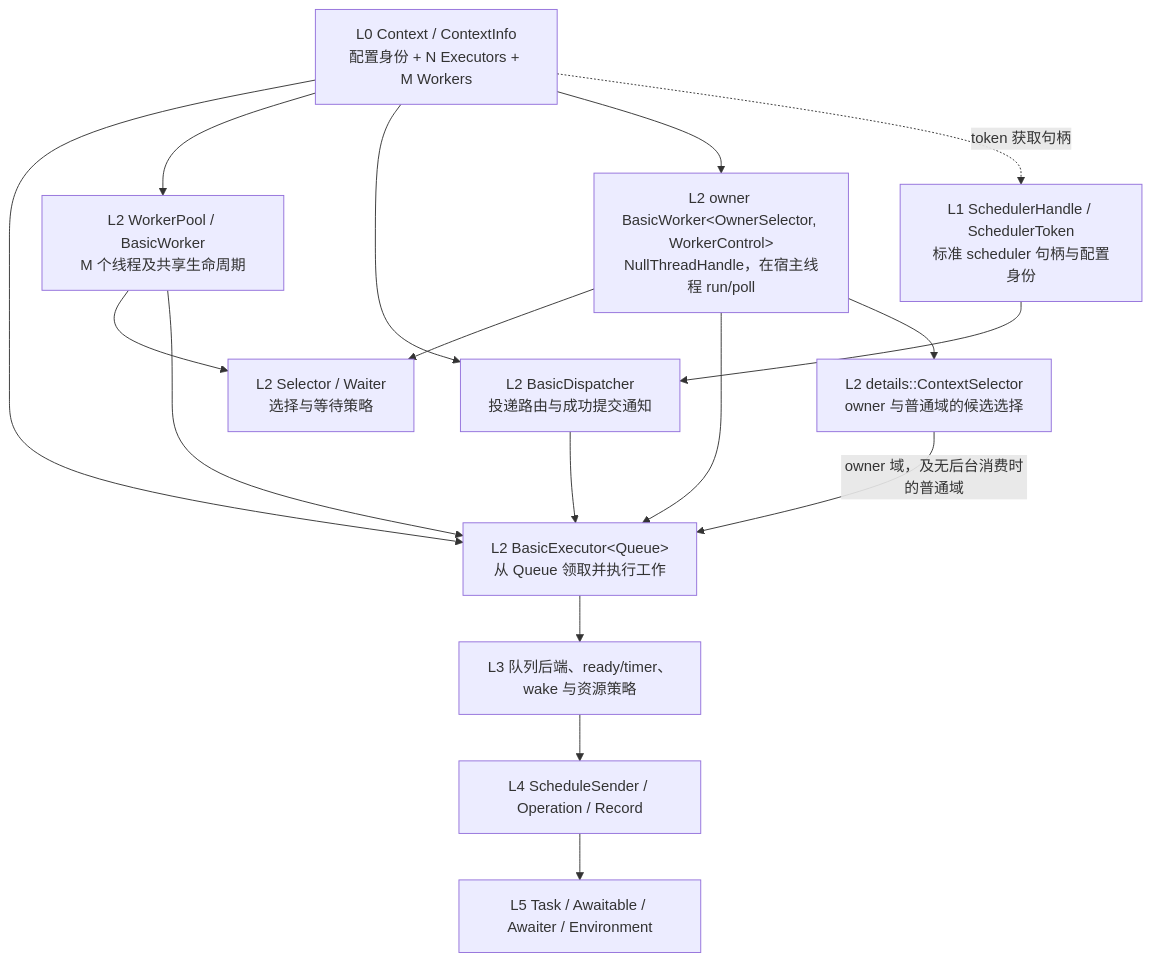
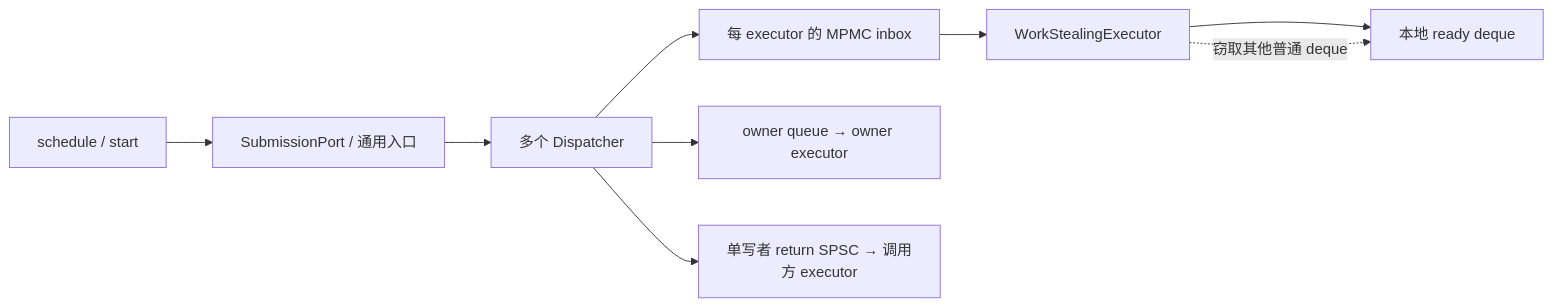
Before and after one commit to mmmmmcree/async: the first of 3 diagrams in CORE_DESIGN.md, drawn with Mermaid. The commit also changed other lines of this file and 35 other files, not shown here.

````diff
--- a/CORE_DESIGN.md
+++ b/CORE_DESIGN.md
@@ -176,30 +64,11 @@
 ```mermaid
-flowchart TB
-    C["L0 Context / ContextInfo<br/>配置身份 + N Executors + M Workers"]
-    S["L1 SchedulerHandle / SchedulerToken<br/>标准 scheduler 句柄与配置身份"]
-    D["L2 BasicDispatcher<br/>投递路由与成功提交通知"]
-    E["L2 BasicExecutor&lt;Queue&gt;<br/>从 Queue 领取并执行工作"]
-    W["L2 WorkerPool / BasicWorker<br/>M 个线程及共享生命周期"]
-    SW["L2 Selector / Waiter<br/>选择与等待策略"]
-    H["L2 owner BasicWorker&lt;OwnerSelector, WorkerControl&gt;<br/>NullThreadHandle，在宿主线程 run/poll"]
-    CS["L2 details::ContextSelector<br/>owner 与普通域的候选选择"]
-    P["L3 队列后端、ready/timer、wake 与资源策略"]
-    O["L4 ScheduleSender / Operation / Record"]
-    T["L5 Task / Awaitable / Awaiter / Environment"]
-    C --> E
-    C --> W
-    C --> D
-    C --> H
-    H --> SW
-    H --> E
-    H --> CS
-    C -.->|"token 获取句柄"| S
-    S --> D
-    D --> E
-    W --> SW
-    W --> E
-    CS -->|"owner 域，及无后台消费时的普通域"| E
-    E --> P
-    P --> O
-    O --> T
+flowchart LR
+    S["schedule / start"] --> P["SubmissionPort / 通用入口"]
+    P --> D["多个 Dispatcher"]
+    D --> I["每 executor 的 MPMC inbox"]
+    I --> E["WorkStealingExecutor"]
+    E --> Q["本地 ready deque"]
+    E -.->|"窃取其他普通 deque"| Q
+    D --> O["owner queue → owner executor"]
+    D --> R["单写者 return SPSC → 调用方 executor"]
 ```
````
